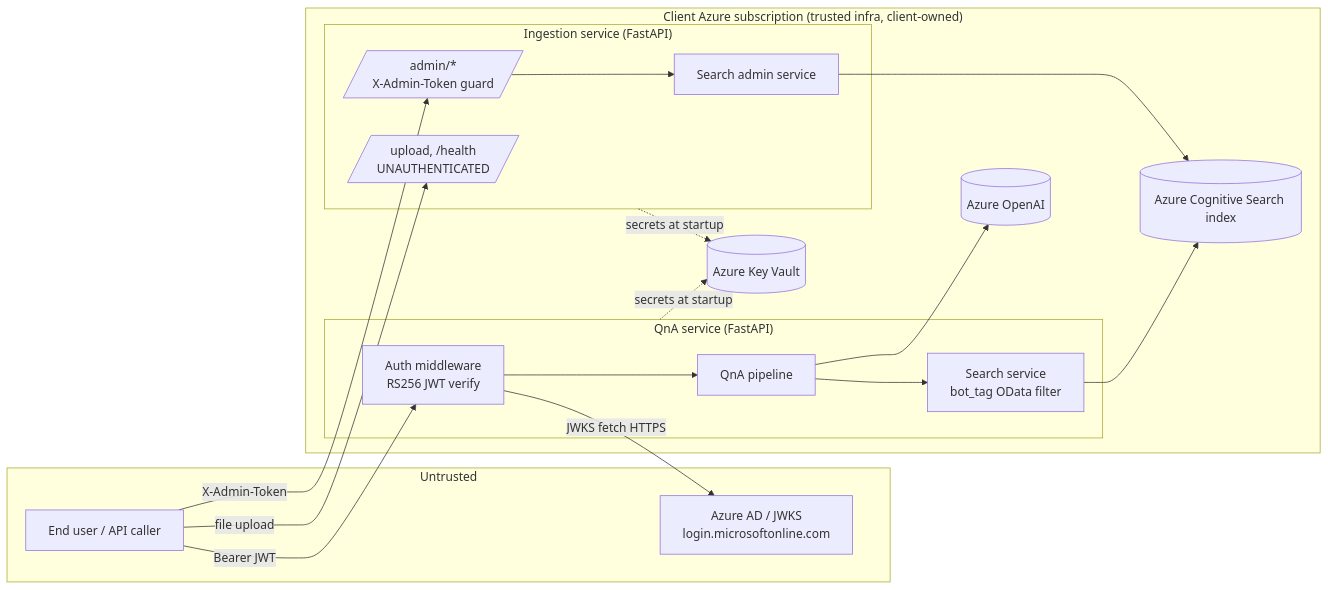
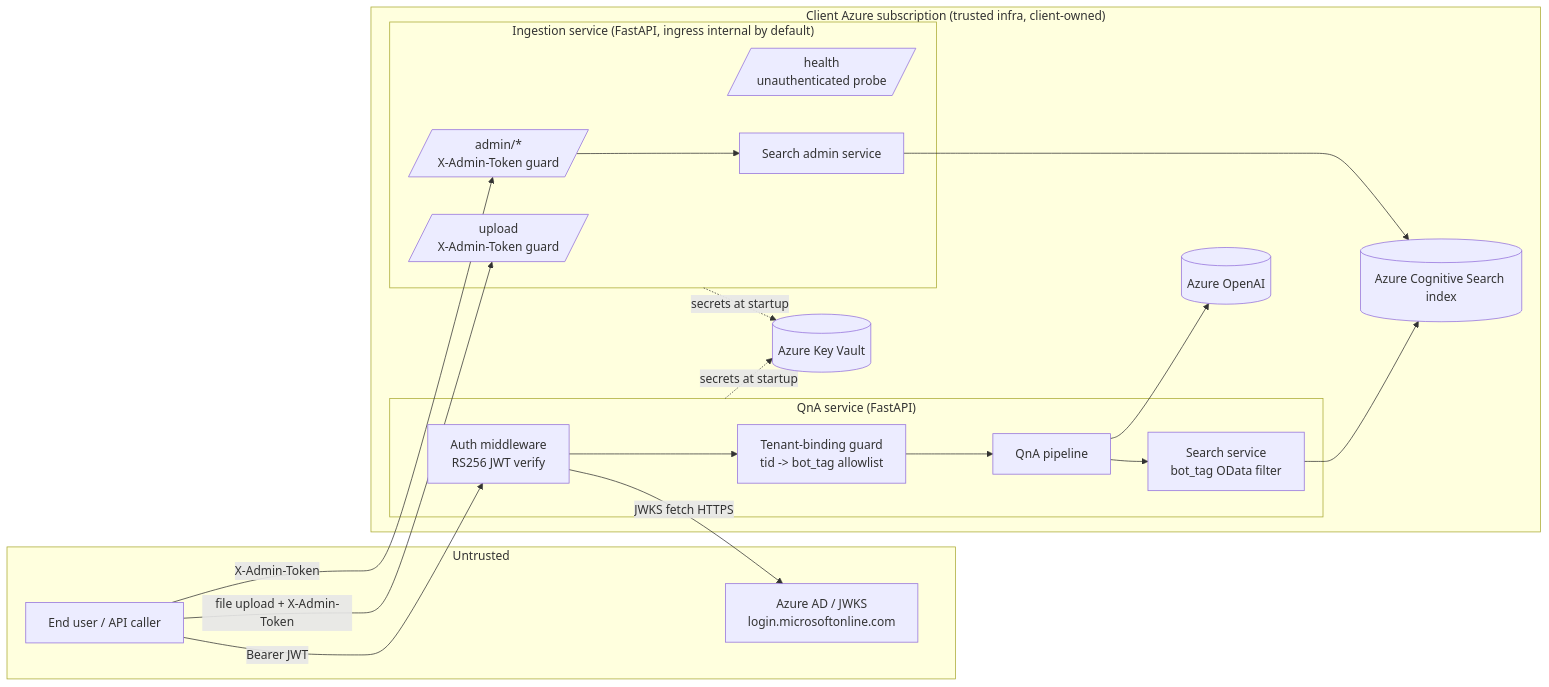
One commit to MaanavA26/TocDoc---Enterprise-RAG changed the diagram in docs/THREAT_MODEL.md. Above: the diagram before and after it, drawn with Mermaid. The commit also changed other lines of this file, not shown here.

````diff
--- a/docs/THREAT_MODEL.md
+++ b/docs/THREAT_MODEL.md
@@ -40,32 +40,34 @@
 ```mermaid
 flowchart LR
     subgraph Internet["Untrusted"]
         U[End user / API caller]
         AAD[Azure AD / JWKS\nlogin.microsoftonline.com]
     end
 
     subgraph Sub["Client Azure subscription (trusted infra, client-owned)"]
         subgraph QnA["QnA service (FastAPI)"]
             MW[Auth middleware\nRS256 JWT verify]
+            TB[Tenant-binding guard\ntid -> bot_tag allowlist]
             PIPE[QnA pipeline]
             SS[Search service\nbot_tag OData filter]
         end
-        subgraph ING["Ingestion service (FastAPI)"]
-            UP[/upload, /health\nUNAUTHENTICATED/]
+        subgraph ING["Ingestion service (FastAPI, ingress internal by default)"]
+            UP[/upload\nX-Admin-Token guard/]
+            HP[/health\nunauthenticated probe/]
             ADMIN[/admin/*\nX-Admin-Token guard/]
             SAS[Search admin service]
         end
         KV[(Azure Key Vault)]
         SEARCH[(Azure Cognitive Search index)]
         AOAI[(Azure OpenAI)]
     end
 
     U -->|Bearer JWT| MW
     MW -->|JWKS fetch HTTPS| AAD
-    MW --> PIPE --> SS --> SEARCH
-    U -->|file upload| UP
+    MW --> TB --> PIPE --> SS --> SEARCH
+    U -->|file upload + X-Admin-Token| UP
     U -->|X-Admin-Token| ADMIN --> SAS --> SEARCH
     QnA -.secrets at startup.-> KV
     ING -.secrets at startup.-> KV
     PIPE --> AOAI
 ```
````
